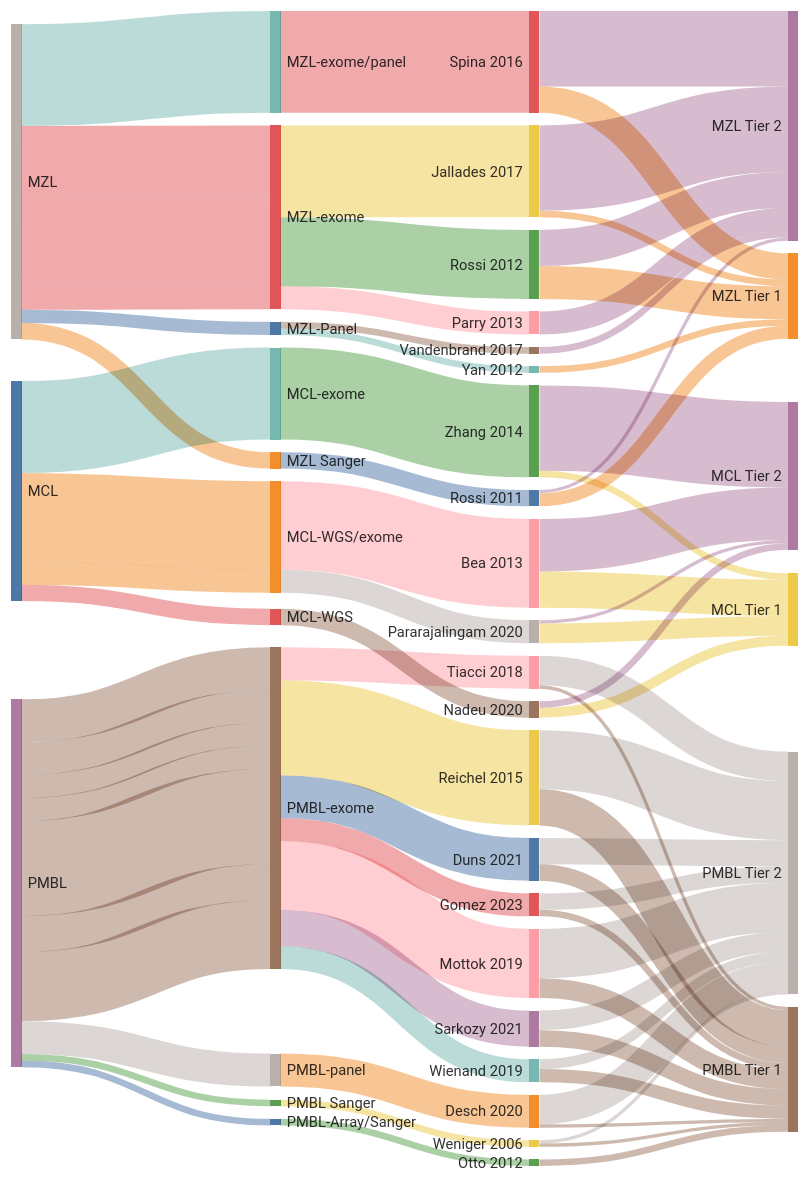
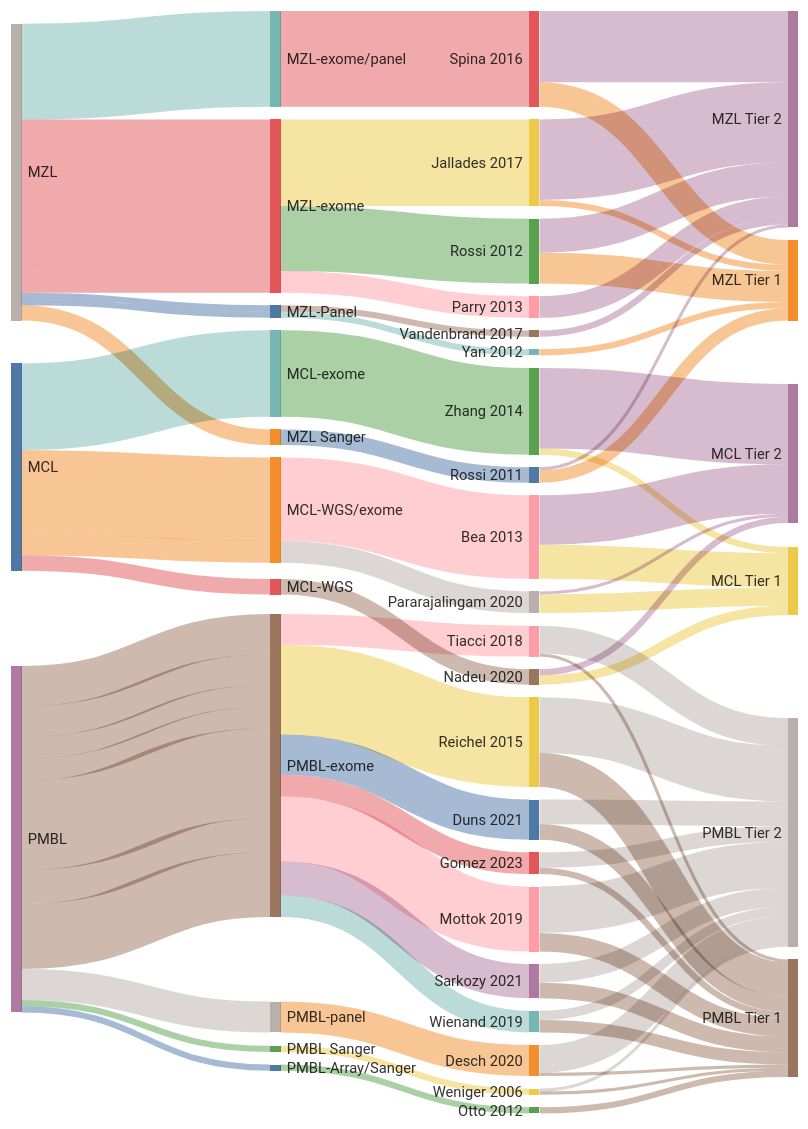
Before and after one commit to morinlab/lymphopedia: the second of 2 diagrams in Home.md, drawn with Mermaid. The commit also changed other lines of this file, not shown here.

```diff
--- a/Home.md
+++ b/Home.md
@@ -168,7 +168,7 @@
     showValues: false
     linkColor: target
     width: 750
-    height: 1100
+    height: 1050
     nodeAlignment: right
 ---
 sankey-beta
```
